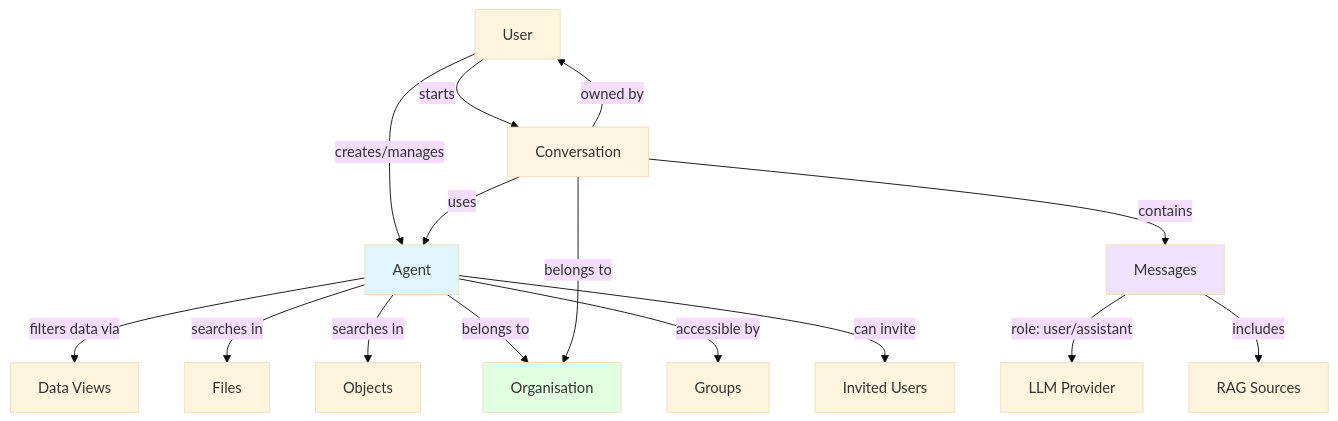
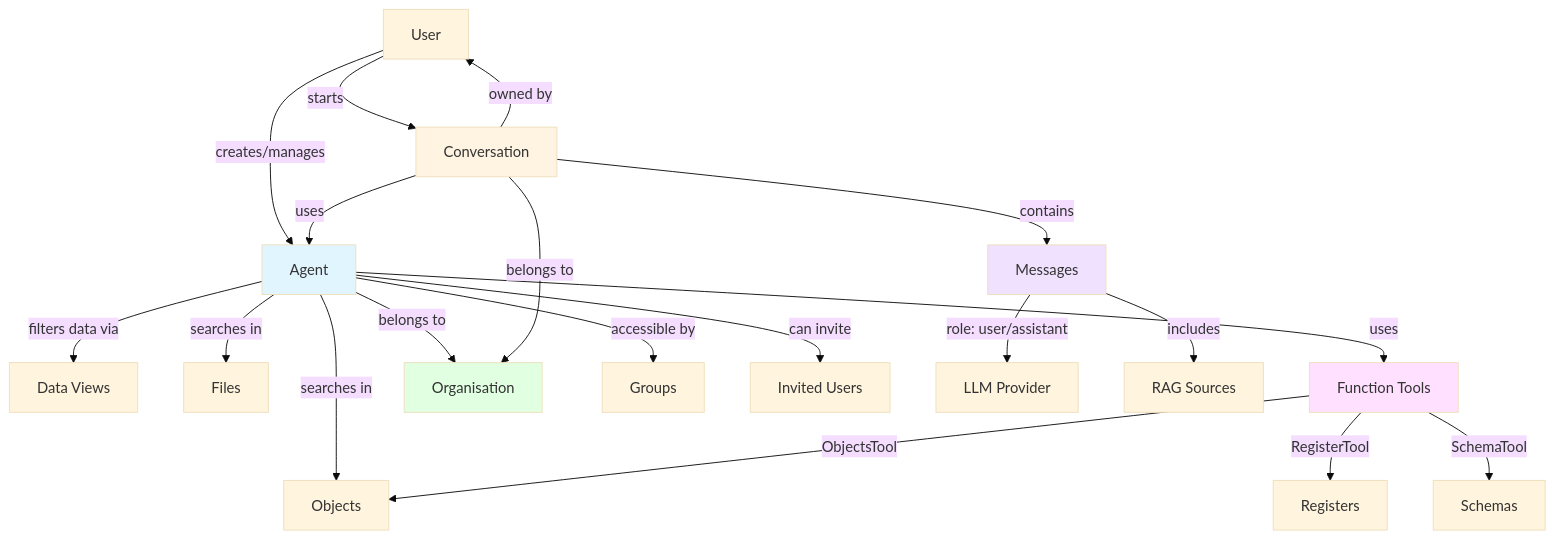
Before and after one commit to ConductionNL/openregister: the diagram in website/docs/features/agents.md, drawn with Mermaid (base theme). The commit also changed other lines of this file and 39 other files, not shown here.

````diff
--- a/website/docs/features/agents.md
+++ b/website/docs/features/agents.md
@@ -9,22 +9,27 @@
 ```mermaid
 graph TB
     User[User] -->|creates/manages| Agent[Agent]
     User -->|starts| Conversation[Conversation]
     Conversation -->|uses| Agent
     Conversation -->|contains| Message[Messages]
     Agent -->|filters data via| View[Data Views]
     Agent -->|searches in| Files[Files]
     Agent -->|searches in| Objects[Objects]
+    Agent -->|uses| Tools[Function Tools]
+    Tools -->|RegisterTool| Registers[Registers]
+    Tools -->|SchemaTool| Schemas[Schemas]
+    Tools -->|ObjectsTool| Objects
     Agent -->|belongs to| Organisation[Organisation]
     Agent -->|accessible by| Groups[Groups]
     Agent -->|can invite| InvitedUsers[Invited Users]
     Conversation -->|belongs to| Organisation
     Conversation -->|owned by| User
     Message -->|role: user/assistant| LLM[LLM Provider]
     Message -->|includes| Sources[RAG Sources]
     
     style Agent fill:#e1f5ff
     style Conversation fill:#fff4e1
     style Message fill:#f0e1ff
     style Organisation fill:#e1ffe1
+    style Tools fill:#ffe1ff
 ```
````
